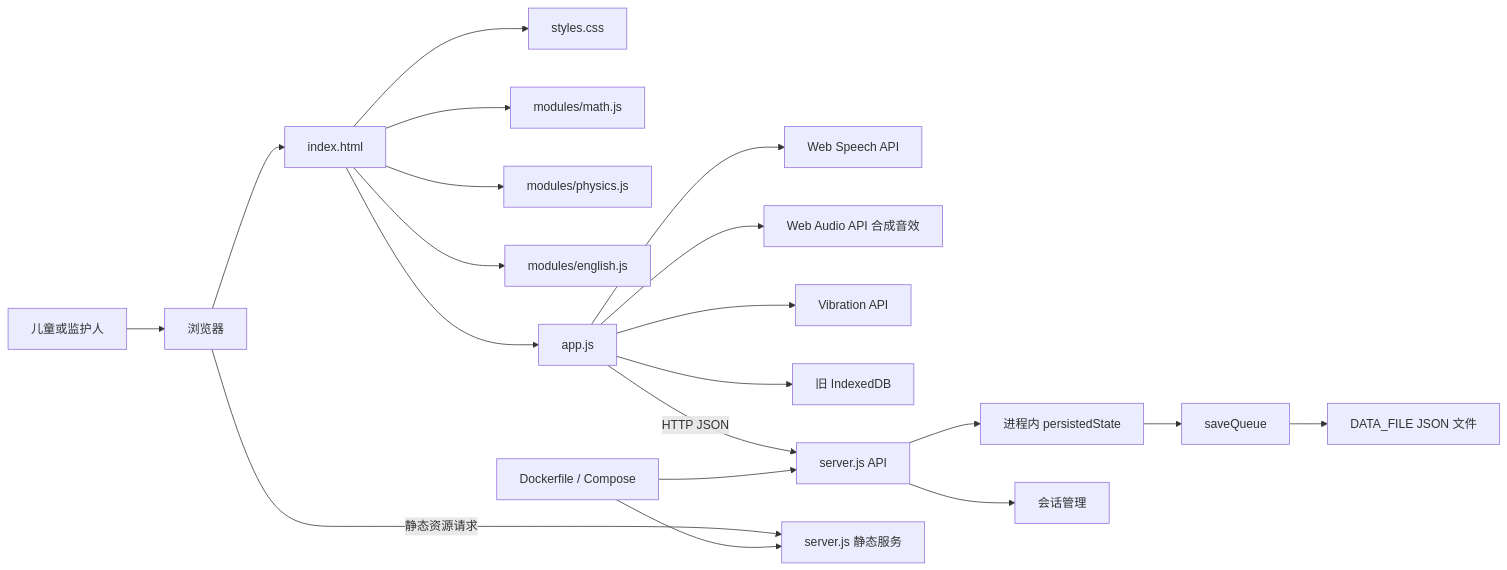
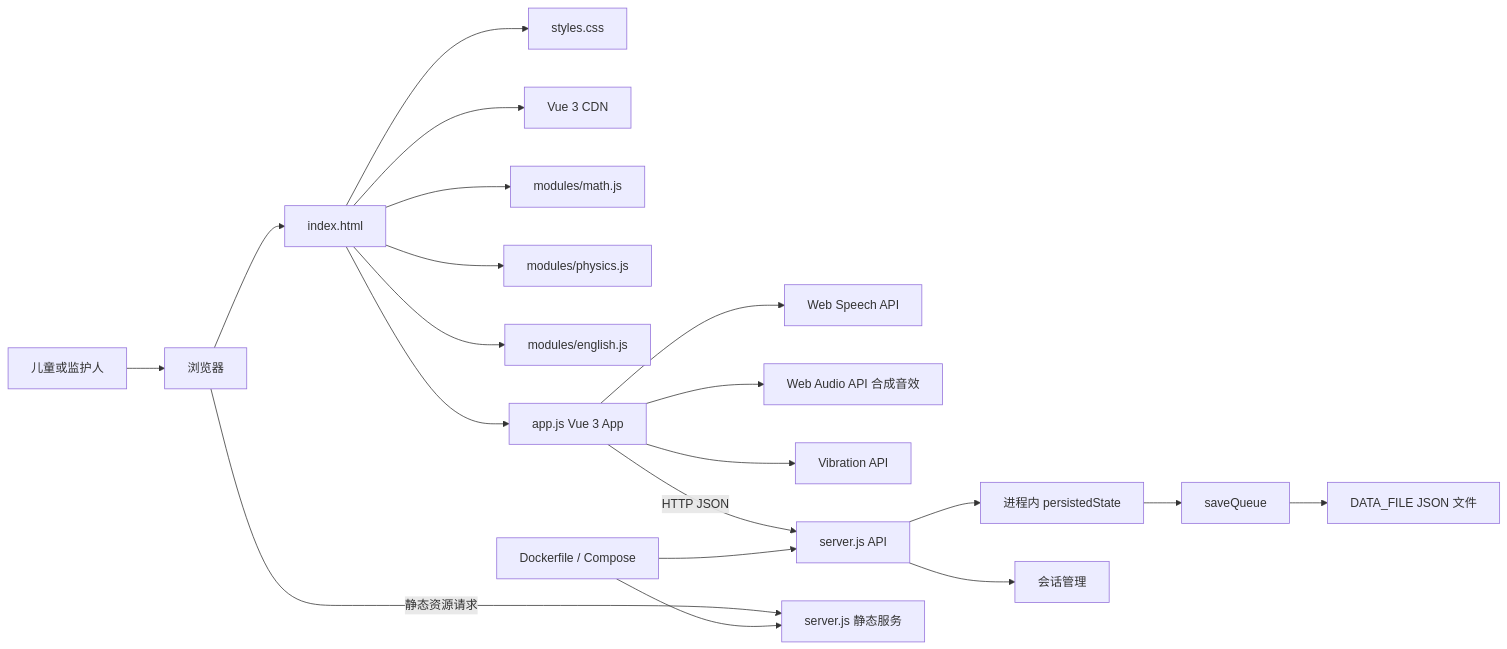
One commit to guccang/yuanbao changed the first of 2 diagrams in docs/codinghub/architecture.md. Above: the diagram before and after it, drawn with Mermaid. The commit also changed other lines of this file and 3 other files, not shown here.

````diff
--- a/docs/codinghub/architecture.md
+++ b/docs/codinghub/architecture.md
@@ -7,22 +7,22 @@
 ```mermaid
 flowchart LR
     User[儿童或监护人] --> Browser[浏览器]
     Browser --> HTML[index.html]
     HTML --> CSS[styles.css]
+    HTML --> Vue[Vue 3 CDN]
     HTML --> Math[modules/math.js]
     HTML --> Physics[modules/physics.js]
     HTML --> Eng[modules/english.js]
-    HTML --> Client[app.js]
+    HTML --> Client[app.js Vue 3 App]
     Client --> Speech[Web Speech API]
     Client --> Audio[Web Audio API 合成音效]
     Client --> Vibration[Vibration API]
-    Client --> Legacy[旧 IndexedDB]
     Client -->|HTTP JSON| API[server.js API]
     Browser -->|静态资源请求| Static[server.js 静态服务]
     API --> Memory[进程内 persistedState]
     API --> Auth[会话管理]
     Memory --> Queue[saveQueue]
     Queue --> File[DATA_FILE JSON 文件]
     Deploy[Dockerfile / Compose] --> Static
     Deploy --> API
 ```
````
